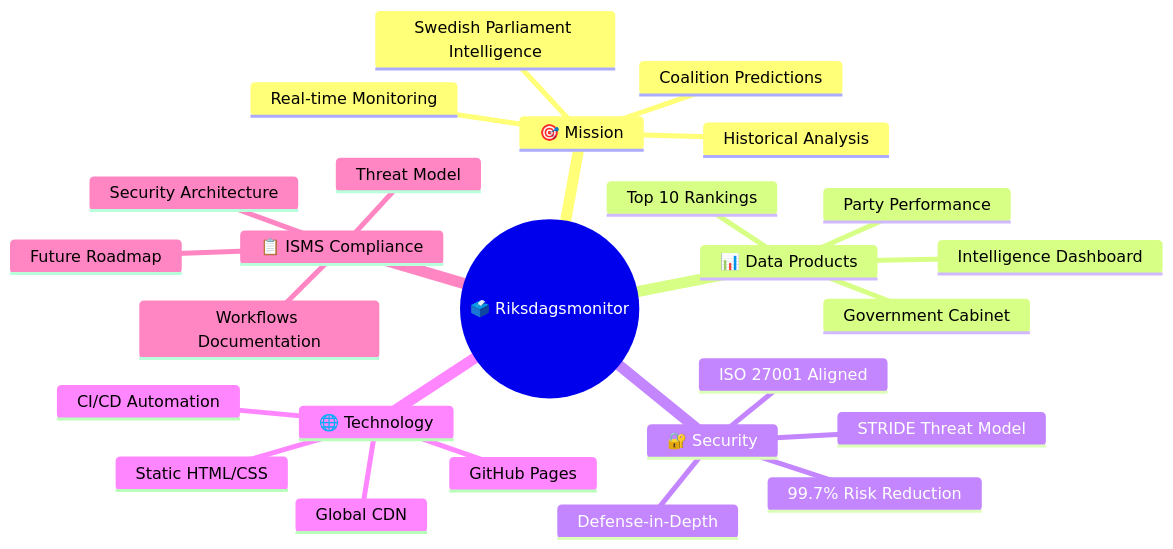
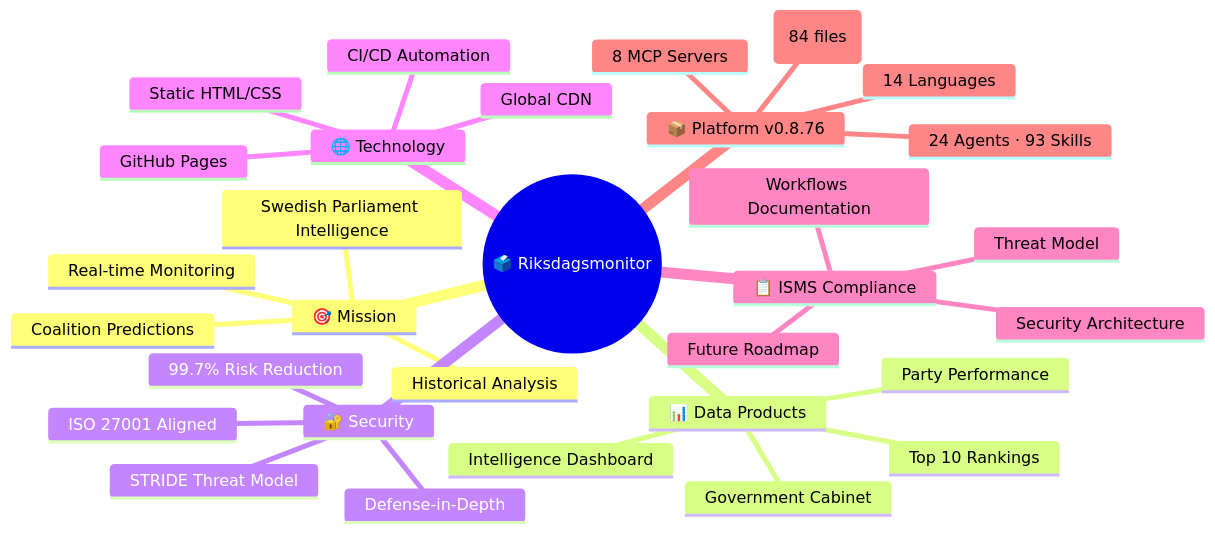
One commit to Hack23/riksdagsmonitor changed the first of 15 diagrams in MINDMAP.md. Above: the diagram before and after it, drawn with Mermaid. The commit also changed other lines of this file and 1 other file, not shown here.

First line of the commit message:
docs: update MINDMAP.md v1.4→v1.5 and SWOT.md v1.3→v1.4

````diff
--- a/MINDMAP.md
+++ b/MINDMAP.md
@@ -63,29 +70,34 @@
 ```mermaid
 mindmap
   root((🗳️ Riksdagsmonitor))
     🎯 Mission
       Swedish Parliament Intelligence
       Real-time Monitoring
       Historical Analysis
       Coalition Predictions
     📊 Data Products
       Intelligence Dashboard
       Party Performance
       Government Cabinet
       Top 10 Rankings
     🔐 Security
       ISO 27001 Aligned
       STRIDE Threat Model
       Defense-in-Depth
       99.7% Risk Reduction
     🌐 Technology
       Static HTML/CSS
       GitHub Pages
       CI/CD Automation
       Global CDN
     📋 ISMS Compliance
       Security Architecture
       Threat Model
       Workflows Documentation
       Future Roadmap
+    📦 Platform v0.8.76
+      3,319+ Tests (84 files)
+      24 Agents · 93 Skills
+      14 Languages
+      8 MCP Servers
 ```
````
